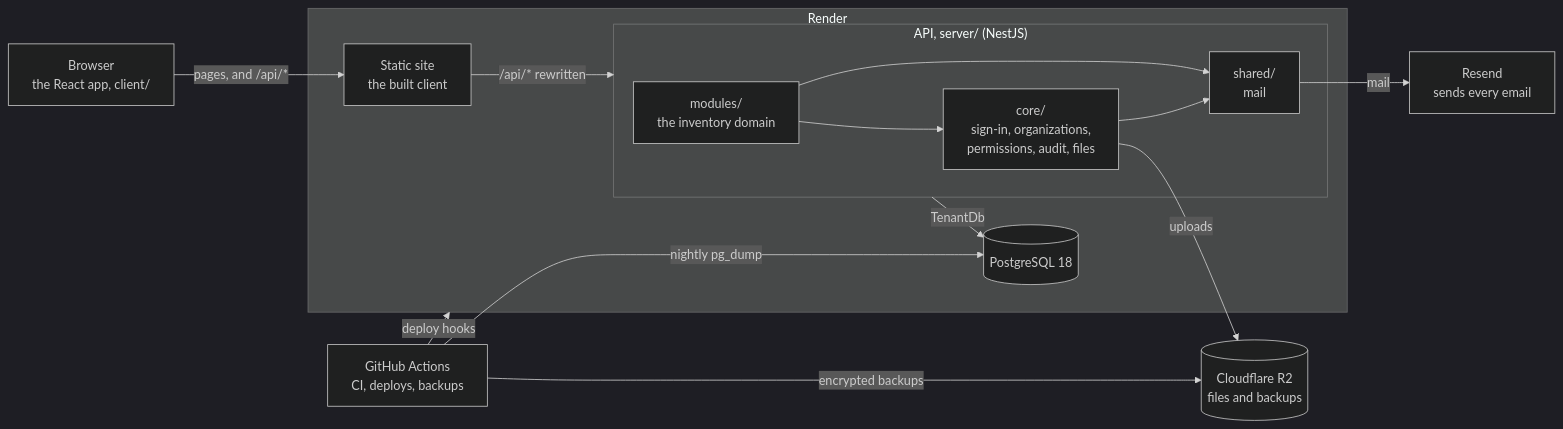
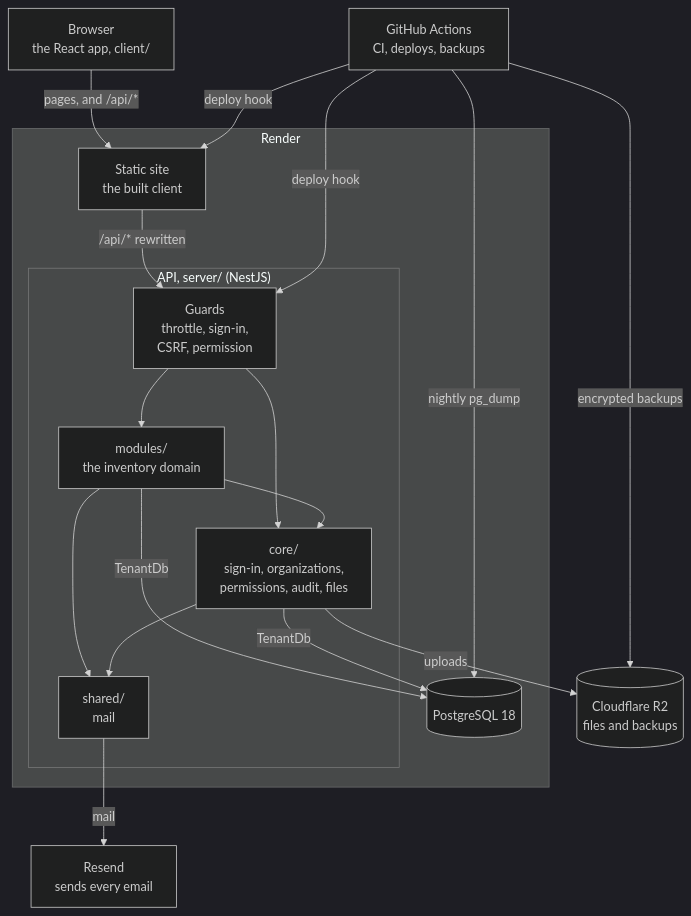
One commit to Zhenzhong-Zhou/web-app-foundation changed the diagram in docs/README.md. Above: the diagram before and after it, drawn with Mermaid (dark theme).

Commit message:
Start here's diagram: top to bottom, every arrow between two boxes
The system's Mermaid block in docs/README.md now draws top to bottom, so
the diagram fits the page, and every arrow joins two boxes, where three
had pointed at a group (Render, or the API) instead.

A Guards box is the API's way in: the static site's /api/* rewrite
arrives there, and the throttle, sign-in, CSRF and permission guards
pass a request on to modules/ or core/. Each of those reaches
PostgreSQL through TenantDb, and GitHub Actions' deploy hook goes to the
static site and to the API.

````diff
--- a/docs/README.md
+++ b/docs/README.md
@@ -9,30 +9,35 @@
 ```mermaid
-flowchart LR
+flowchart TB
   browser["Browser<br/>the React app, client/"]
+  actions["GitHub Actions<br/>CI, deploys, backups"]
 
   subgraph render["Render"]
     site["Static site<br/>the built client"]
     subgraph api["API, server/ (NestJS)"]
+      guards["Guards<br/>throttle, sign-in,<br/>CSRF, permission"]
       modules["modules/<br/>the inventory domain"]
       core["core/<br/>sign-in, organizations,<br/>permissions, audit, files"]
       shared["shared/<br/>mail"]
     end
     db[("PostgreSQL 18")]
   end
 
   r2[("Cloudflare R2<br/>files and backups")]
   resend["Resend<br/>sends every email"]
-  actions["GitHub Actions<br/>CI, deploys, backups"]
 
   browser -->|"pages, and /api/*"| site
-  site -->|"/api/* rewritten"| api
+  site -->|"/api/* rewritten"| guards
+  guards --> modules
+  guards --> core
   modules --> core
   modules --> shared
   core --> shared
-  api -->|"TenantDb"| db
+  modules -->|"TenantDb"| db
+  core -->|"TenantDb"| db
   core -->|"uploads"| r2
   shared -->|"mail"| resend
-  actions -->|"deploy hooks"| render
+  actions -->|"deploy hook"| site
+  actions -->|"deploy hook"| guards
   actions -->|"nightly pg_dump"| db
   actions -->|"encrypted backups"| r2
 ```
````
